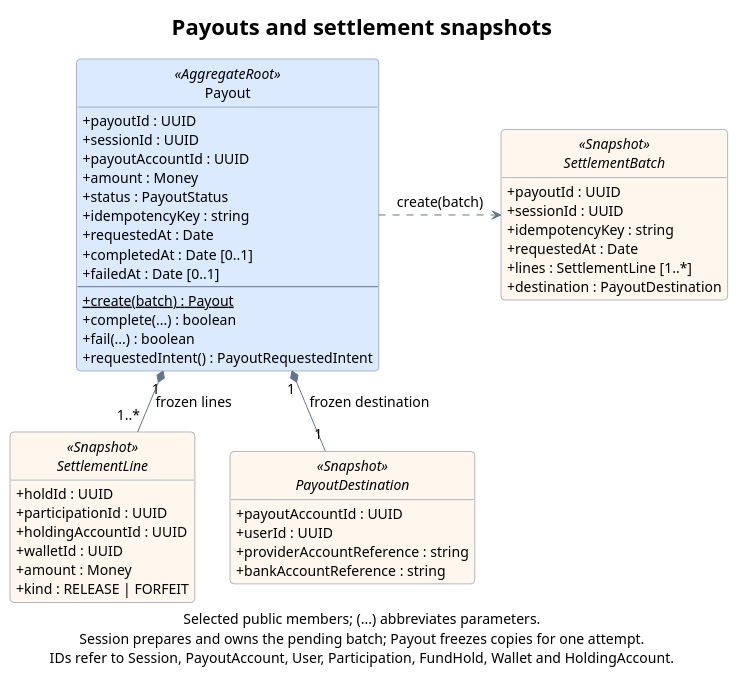
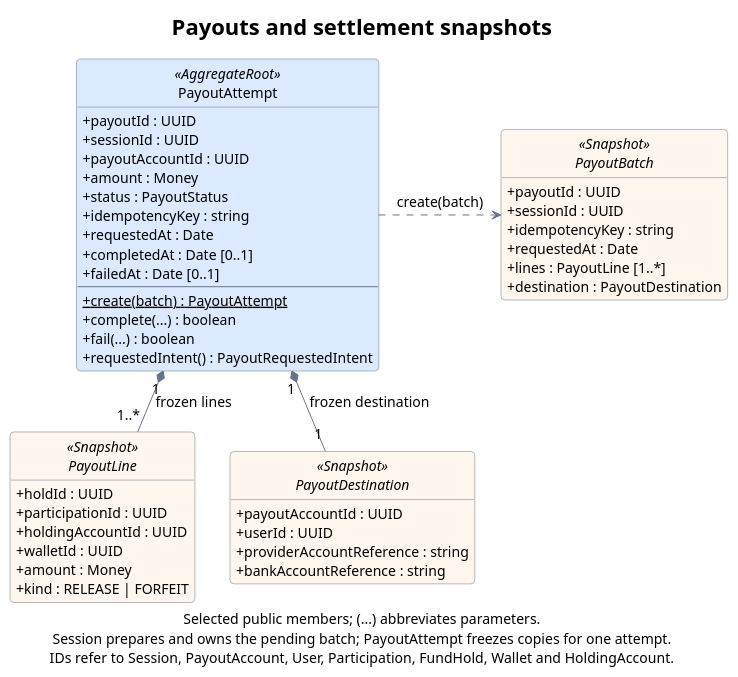
Before and after one commit to rbrishi15/booking-web-manager: the diagram in docs/diagrams/domain-settlement.puml, drawn with PlantUML. The commit also changed 33 other files, not shown here.

```diff
--- a/docs/diagrams/domain-settlement.puml
+++ b/docs/diagrams/domain-settlement.puml
@@ -1,71 +1,71 @@
 @startuml domain-settlement
 title Payouts and settlement snapshots
 
 top to bottom direction
 hide empty members
 hide circle
 skinparam backgroundColor #FFFFFF
 skinparam shadowing false
 skinparam roundcorner 8
 skinparam defaultFontName SansSerif
 skinparam defaultFontSize 14
 skinparam titleFontSize 22
 skinparam ArrowColor #64748B
 skinparam classBorderColor #64748B
 skinparam classBackgroundColor #FFFFFF
 skinparam classBackgroundColor<<AggregateRoot>> #DBEAFE
 skinparam classBackgroundColor<<Snapshot>> #FFF7ED
 skinparam classAttributeIconSize 0
 skinparam linetype polyline
 skinparam nodesep 35
 skinparam ranksep 40
 
-class Payout <<AggregateRoot>> {
+class PayoutAttempt <<AggregateRoot>> {
   +payoutId : UUID
   +sessionId : UUID
   +payoutAccountId : UUID
   +amount : Money
   +status : PayoutStatus
   +idempotencyKey : string
   +requestedAt : Date
   +completedAt : Date [0..1]
   +failedAt : Date [0..1]
   --
-  {static} +create(batch) : Payout
+  {static} +create(batch) : PayoutAttempt
   +complete(...) : boolean
   +fail(...) : boolean
   +requestedIntent() : PayoutRequestedIntent
 }
 
-interface SettlementBatch <<Snapshot>> {
+interface PayoutBatch <<Snapshot>> {
   +payoutId : UUID
   +sessionId : UUID
   +idempotencyKey : string
   +requestedAt : Date
-  +lines : SettlementLine [1..*]
+  +lines : PayoutLine [1..*]
   +destination : PayoutDestination
 }
 
-interface SettlementLine <<Snapshot>> {
+interface PayoutLine <<Snapshot>> {
   +holdId : UUID
   +participationId : UUID
   +holdingAccountId : UUID
   +walletId : UUID
   +amount : Money
   +kind : RELEASE | FORFEIT
 }
 
 interface PayoutDestination <<Snapshot>> {
   +payoutAccountId : UUID
   +userId : UUID
   +providerAccountReference : string
   +bankAccountReference : string
 }
 
-Payout .right.> SettlementBatch : create(batch)
-Payout "1" *-down- "1..*" SettlementLine : frozen lines
-Payout "1" *-down- "1" PayoutDestination : frozen destination
-SettlementLine -[hidden]right- PayoutDestination
+PayoutAttempt .right.> PayoutBatch : create(batch)
+PayoutAttempt "1" *-down- "1..*" PayoutLine : frozen lines
+PayoutAttempt "1" *-down- "1" PayoutDestination : frozen destination
+PayoutLine -[hidden]right- PayoutDestination
 
-caption Selected public members; (...) abbreviates parameters.\nSession prepares and owns the pending batch; Payout freezes copies for one attempt.\nIDs refer to Session, PayoutAccount, User, Participation, FundHold, Wallet and HoldingAccount.
+caption Selected public members; (...) abbreviates parameters.\nSession prepares and owns the pending batch; PayoutAttempt freezes copies for one attempt.\nIDs refer to Session, PayoutAccount, User, Participation, FundHold, Wallet and HoldingAccount.
 @enduml
```
